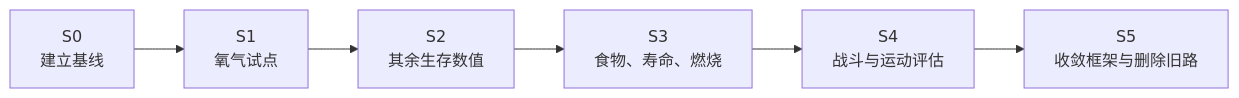
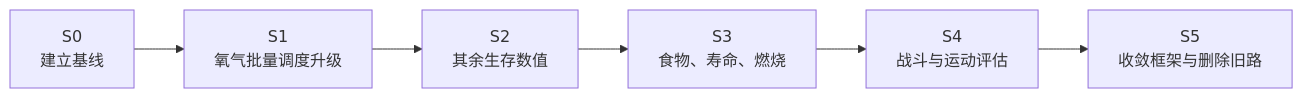
Before and after one commit to XDIOEZ/TerraFlat: the third of 3 diagrams in 开发文档文件夹/07_网络存档与底层架构/模块框架数据化迁移优化规划.md, drawn with Mermaid. The commit also changed other lines of this file and 2 other files, not shown here.

````diff
--- a/开发文档文件夹/07_网络存档与底层架构/模块框架数据化迁移优化规划.md
+++ b/开发文档文件夹/07_网络存档与底层架构/模块框架数据化迁移优化规划.md
@@ -132,8 +134,8 @@
 ```mermaid
 flowchart LR
-    S0["S0<br/>建立基线"] --> S1["S1<br/>氧气试点"]
+    S0["S0<br/>建立基线"] --> S1["S1<br/>氧气批量调度升级"]
     S1 --> S2["S2<br/>其余生存数值"]
     S2 --> S3["S3<br/>食物、寿命、燃烧"]
     S3 --> S4["S4<br/>战斗与运动评估"]
     S4 --> S5["S5<br/>收敛框架与删除旧路"]
 ```
````
